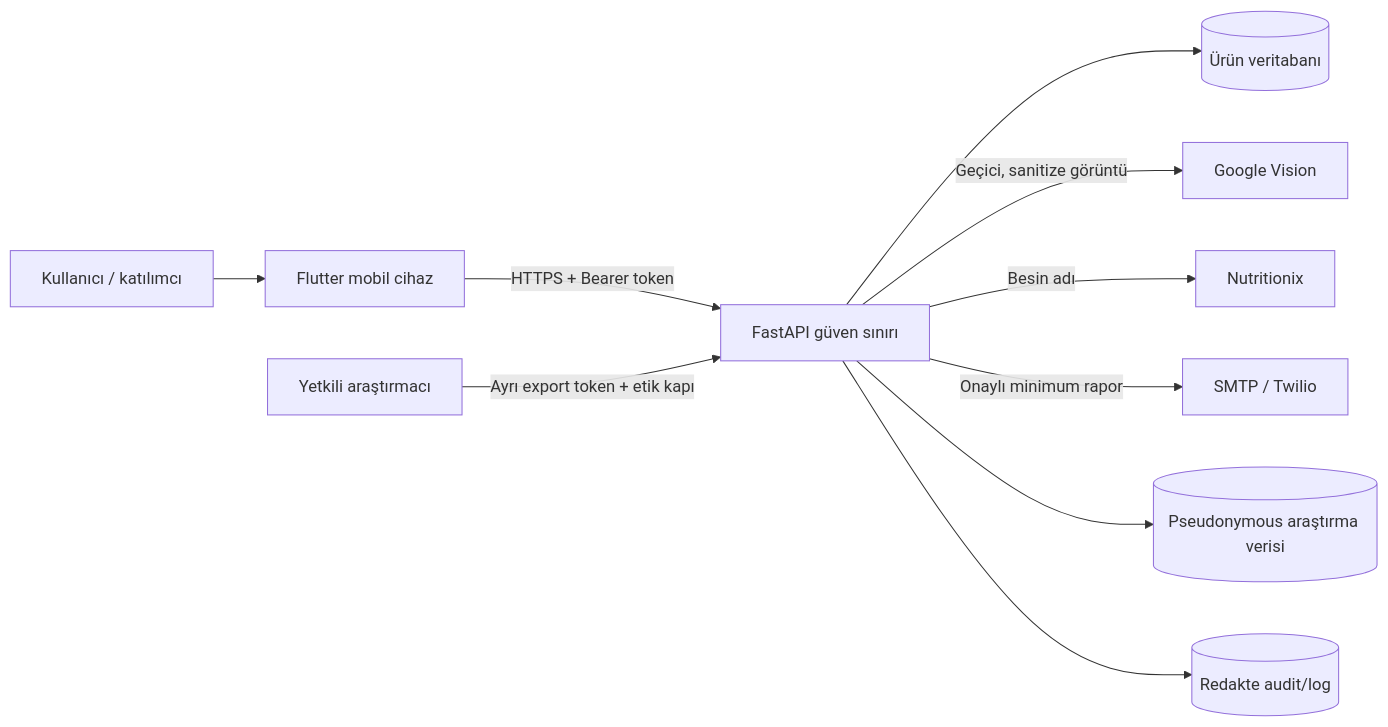
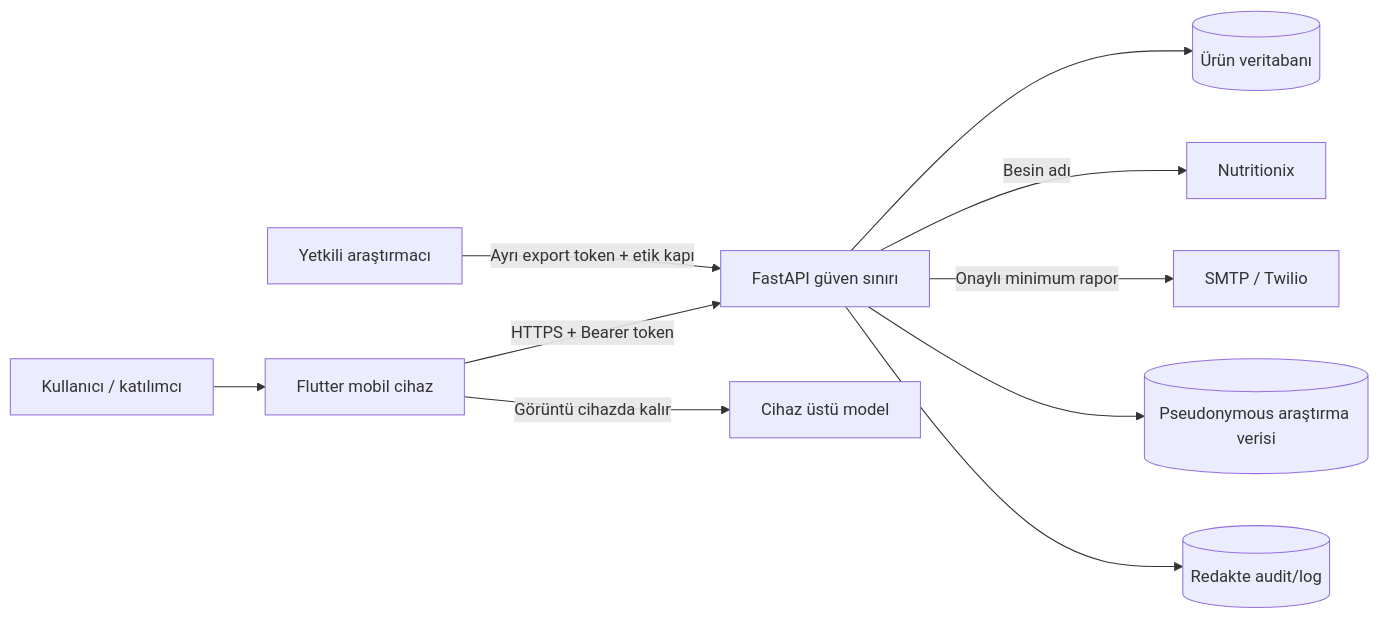
The diagram in docs/threat_model.md (tahayasincicek/NutriSense), drawn with Mermaid before and after one commit. The commit also changed other lines of this file and 10 other files, not shown here.

````diff
--- a/docs/threat_model.md
+++ b/docs/threat_model.md
@@ -31,12 +31,12 @@
 ```mermaid
 flowchart LR
   U["Kullanıcı / katılımcı"] --> M["Flutter mobil cihaz"]
   M -->|"HTTPS + Bearer token"| A["FastAPI güven sınırı"]
   A --> D[("Ürün veritabanı")]
-  A -->|"Geçici, sanitize görüntü"| G["Google Vision"]
+  M -->|"Görüntü cihazda kalır"| O["Cihaz üstü model"]
   A -->|"Besin adı"| N["Nutritionix"]
   A -->|"Onaylı minimum rapor"| P["SMTP / Twilio"]
   R["Yetkili araştırmacı"] -->|"Ayrı export token + etik kapı"| A
   A --> E[("Pseudonymous araştırma verisi")]
   A --> L[("Redakte audit/log")]
 ```
````
